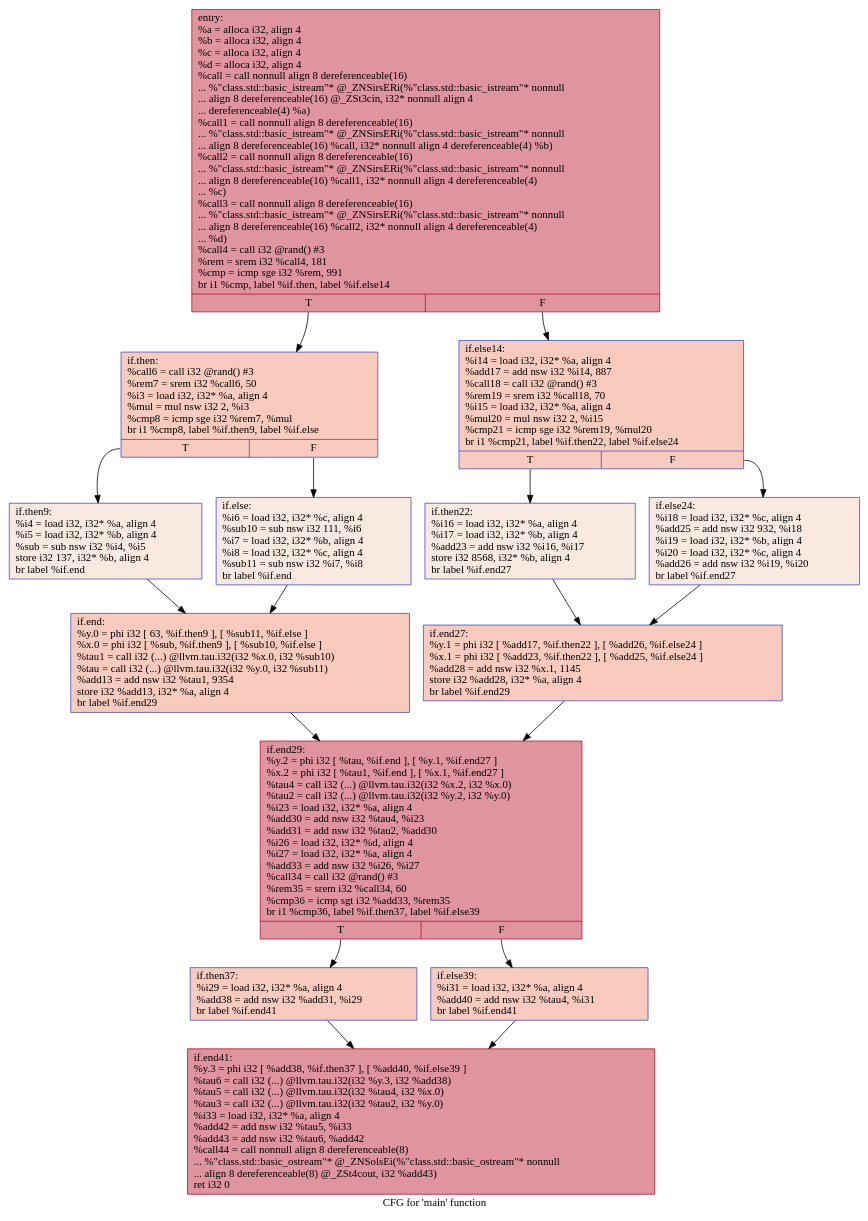
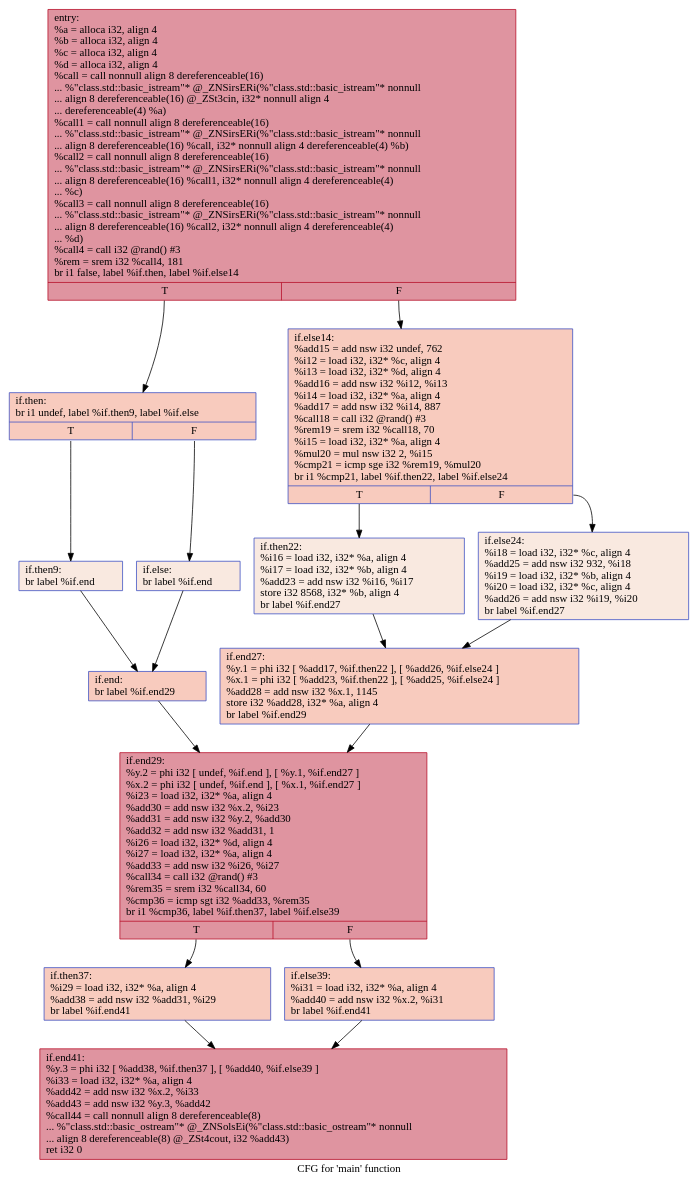
One commit to HPSSA-LLVM/HPSSA-LLVM changed the diagram in IR/cfg/afterHPSSA.dot. Above: the diagram before and after it, drawn with Graphviz. The commit also changed 8 other files, not shown here.

```diff
--- a/IR/cfg/afterHPSSA.dot
+++ b/IR/cfg/afterHPSSA.dot
@@ -1,33 +1,33 @@
 digraph "CFG for 'main' function" {
 	label="CFG for 'main' function";
 
-	Node0x558bba752bf0 [shape=record,color="#b70d28ff", style=filled, fillcolor="#b70d2870",label="{entry:\l  %a = alloca i32, align 4\l  %b = alloca i32, align 4\l  %c = alloca i32, align 4\l  %d = alloca i32, align 4\l  %call = call nonnull align 8 dereferenceable(16)\l... %\"class.std::basic_istream\"* @_ZNSirsERi(%\"class.std::basic_istream\"* nonnull\l... align 8 dereferenceable(16) @_ZSt3cin, i32* nonnull align 4\l... dereferenceable(4) %a)\l  %call1 = call nonnull align 8 dereferenceable(16)\l... %\"class.std::basic_istream\"* @_ZNSirsERi(%\"class.std::basic_istream\"* nonnull\l... align 8 dereferenceable(16) %call, i32* nonnull align 4 dereferenceable(4) %b)\l  %call2 = call nonnull align 8 dereferenceable(16)\l... %\"class.std::basic_istream\"* @_ZNSirsERi(%\"class.std::basic_istream\"* nonnull\l... align 8 dereferenceable(16) %call1, i32* nonnull align 4 dereferenceable(4)\l... %c)\l  %call3 = call nonnull align 8 dereferenceable(16)\l... %\"class.std::basic_istream\"* @_ZNSirsERi(%\"class.std::basic_istream\"* nonnull\l... align 8 dereferenceable(16) %call2, i32* nonnull align 4 dereferenceable(4)\l... %d)\l  %call4 = call i32 @rand() #3\l  %rem = srem i32 %call4, 181\l  %cmp = icmp sge i32 %rem, 991\l  br i1 %cmp, label %if.then, label %if.else14\l|{<s0>T|<s1>F}}"];
-	Node0x558bba752bf0:s0 -> Node0x558bba7538d0;
-	Node0x558bba752bf0:s1 -> Node0x558bba753b40;
-	Node0x558bba7538d0 [shape=record,color="#3d50c3ff", style=filled, fillcolor="#ef886b70",label="{if.then:                                          \l  %call6 = call i32 @rand() #3\l  %rem7 = srem i32 %call6, 50\l  %i3 = load i32, i32* %a, align 4\l  %mul = mul nsw i32 2, %i3\l  %cmp8 = icmp sge i32 %rem7, %mul\l  br i1 %cmp8, label %if.then9, label %if.else\l|{<s0>T|<s1>F}}"];
-	Node0x558bba7538d0:s0 -> Node0x558bba7540e0;
-	Node0x558bba7538d0:s1 -> Node0x558bba754160;
-	Node0x558bba7540e0 [shape=record,color="#3d50c3ff", style=filled, fillcolor="#f1ccb870",label="{if.then9:                                         \l  %i4 = load i32, i32* %a, align 4\l  %i5 = load i32, i32* %b, align 4\l  %sub = sub nsw i32 %i4, %i5\l  store i32 137, i32* %b, align 4\l  br label %if.end\l}"];
-	Node0x558bba7540e0 -> Node0x558bba754570;
-	Node0x558bba754160 [shape=record,color="#3d50c3ff", style=filled, fillcolor="#f1ccb870",label="{if.else:                                          \l  %i6 = load i32, i32* %c, align 4\l  %sub10 = sub nsw i32 111, %i6\l  %i7 = load i32, i32* %b, align 4\l  %i8 = load i32, i32* %c, align 4\l  %sub11 = sub nsw i32 %i7, %i8\l  br label %if.end\l}"];
-	Node0x558bba754160 -> Node0x558bba754570;
-	Node0x558bba754570 [shape=record,color="#3d50c3ff", style=filled, fillcolor="#ef886b70",label="{if.end:                                           \l  %y.0 = phi i32 [ 63, %if.then9 ], [ %sub11, %if.else ]\l  %x.0 = phi i32 [ %sub, %if.then9 ], [ %sub10, %if.else ]\l  %tau1 = call i32 (...) @llvm.tau.i32(i32 %x.0, i32 %sub10)\l  %tau = call i32 (...) @llvm.tau.i32(i32 %y.0, i32 %sub11)\l  %add13 = add nsw i32 %tau1, 9354\l  store i32 %add13, i32* %a, align 4\l  br label %if.end29\l}"];
-	Node0x558bba754570 -> Node0x558bba755320;
-	Node0x558bba753b40 [shape=record,color="#3d50c3ff", style=filled, fillcolor="#ef886b70",label="{if.else14:                                        \l  %i14 = load i32, i32* %a, align 4\l  %add17 = add nsw i32 %i14, 887\l  %call18 = call i32 @rand() #3\l  %rem19 = srem i32 %call18, 70\l  %i15 = load i32, i32* %a, align 4\l  %mul20 = mul nsw i32 2, %i15\l  %cmp21 = icmp sge i32 %rem19, %mul20\l  br i1 %cmp21, label %if.then22, label %if.else24\l|{<s0>T|<s1>F}}"];
-	Node0x558bba753b40:s0 -> Node0x558bba7561d0;
-	Node0x558bba753b40:s1 -> Node0x558bba756250;
-	Node0x558bba7561d0 [shape=record,color="#3d50c3ff", style=filled, fillcolor="#f1ccb870",label="{if.then22:                                        \l  %i16 = load i32, i32* %a, align 4\l  %i17 = load i32, i32* %b, align 4\l  %add23 = add nsw i32 %i16, %i17\l  store i32 8568, i32* %b, align 4\l  br label %if.end27\l}"];
-	Node0x558bba7561d0 -> Node0x558bba756670;
-	Node0x558bba756250 [shape=record,color="#3d50c3ff", style=filled, fillcolor="#f1ccb870",label="{if.else24:                                        \l  %i18 = load i32, i32* %c, align 4\l  %add25 = add nsw i32 932, %i18\l  %i19 = load i32, i32* %b, align 4\l  %i20 = load i32, i32* %c, align 4\l  %add26 = add nsw i32 %i19, %i20\l  br label %if.end27\l}"];
-	Node0x558bba756250 -> Node0x558bba756670;
-	Node0x558bba756670 [shape=record,color="#3d50c3ff", style=filled, fillcolor="#ef886b70",label="{if.end27:                                         \l  %y.1 = phi i32 [ %add17, %if.then22 ], [ %add26, %if.else24 ]\l  %x.1 = phi i32 [ %add23, %if.then22 ], [ %add25, %if.else24 ]\l  %add28 = add nsw i32 %x.1, 1145\l  store i32 %add28, i32* %a, align 4\l  br label %if.end29\l}"];
-	Node0x558bba756670 -> Node0x558bba755320;
-	Node0x558bba755320 [shape=record,color="#b70d28ff", style=filled, fillcolor="#b70d2870",label="{if.end29:                                         \l  %y.2 = phi i32 [ %tau, %if.end ], [ %y.1, %if.end27 ]\l  %x.2 = phi i32 [ %tau1, %if.end ], [ %x.1, %if.end27 ]\l  %tau4 = call i32 (...) @llvm.tau.i32(i32 %x.2, i32 %x.0)\l  %tau2 = call i32 (...) @llvm.tau.i32(i32 %y.2, i32 %y.0)\l  %i23 = load i32, i32* %a, align 4\l  %add30 = add nsw i32 %tau4, %i23\l  %add31 = add nsw i32 %tau2, %add30\l  %i26 = load i32, i32* %d, align 4\l  %i27 = load i32, i32* %a, align 4\l  %add33 = add nsw i32 %i26, %i27\l  %call34 = call i32 @rand() #3\l  %rem35 = srem i32 %call34, 60\l  %cmp36 = icmp sgt i32 %add33, %rem35\l  br i1 %cmp36, label %if.then37, label %if.else39\l|{<s0>T|<s1>F}}"];
-	Node0x558bba755320:s0 -> Node0x558bba757df0;
-	Node0x558bba755320:s1 -> Node0x558bba757ed0;
-	Node0x558bba757df0 [shape=record,color="#3d50c3ff", style=filled, fillcolor="#ef886b70",label="{if.then37:                                        \l  %i29 = load i32, i32* %a, align 4\l  %add38 = add nsw i32 %add31, %i29\l  br label %if.end41\l}"];
-	Node0x558bba757df0 -> Node0x558bba7581a0;
-	Node0x558bba757ed0 [shape=record,color="#3d50c3ff", style=filled, fillcolor="#ef886b70",label="{if.else39:                                        \l  %i31 = load i32, i32* %a, align 4\l  %add40 = add nsw i32 %tau4, %i31\l  br label %if.end41\l}"];
-	Node0x558bba757ed0 -> Node0x558bba7581a0;
-	Node0x558bba7581a0 [shape=record,color="#b70d28ff", style=filled, fillcolor="#b70d2870",label="{if.end41:                                         \l  %y.3 = phi i32 [ %add38, %if.then37 ], [ %add40, %if.else39 ]\l  %tau6 = call i32 (...) @llvm.tau.i32(i32 %y.3, i32 %add38)\l  %tau5 = call i32 (...) @llvm.tau.i32(i32 %tau4, i32 %x.0)\l  %tau3 = call i32 (...) @llvm.tau.i32(i32 %tau2, i32 %y.0)\l  %i33 = load i32, i32* %a, align 4\l  %add42 = add nsw i32 %tau5, %i33\l  %add43 = add nsw i32 %tau6, %add42\l  %call44 = call nonnull align 8 dereferenceable(8)\l... %\"class.std::basic_ostream\"* @_ZNSolsEi(%\"class.std::basic_ostream\"* nonnull\l... align 8 dereferenceable(8) @_ZSt4cout, i32 %add43)\l  ret i32 0\l}"];
+	Node0x55b29372a7c0 [shape=record,color="#b70d28ff", style=filled, fillcolor="#b70d2870",label="{entry:\l  %a = alloca i32, align 4\l  %b = alloca i32, align 4\l  %c = alloca i32, align 4\l  %d = alloca i32, align 4\l  %call = call nonnull align 8 dereferenceable(16)\l... %\"class.std::basic_istream\"* @_ZNSirsERi(%\"class.std::basic_istream\"* nonnull\l... align 8 dereferenceable(16) @_ZSt3cin, i32* nonnull align 4\l... dereferenceable(4) %a)\l  %call1 = call nonnull align 8 dereferenceable(16)\l... %\"class.std::basic_istream\"* @_ZNSirsERi(%\"class.std::basic_istream\"* nonnull\l... align 8 dereferenceable(16) %call, i32* nonnull align 4 dereferenceable(4) %b)\l  %call2 = call nonnull align 8 dereferenceable(16)\l... %\"class.std::basic_istream\"* @_ZNSirsERi(%\"class.std::basic_istream\"* nonnull\l... align 8 dereferenceable(16) %call1, i32* nonnull align 4 dereferenceable(4)\l... %c)\l  %call3 = call nonnull align 8 dereferenceable(16)\l... %\"class.std::basic_istream\"* @_ZNSirsERi(%\"class.std::basic_istream\"* nonnull\l... align 8 dereferenceable(16) %call2, i32* nonnull align 4 dereferenceable(4)\l... %d)\l  %call4 = call i32 @rand() #3\l  %rem = srem i32 %call4, 181\l  br i1 false, label %if.then, label %if.else14\l|{<s0>T|<s1>F}}"];
+	Node0x55b29372a7c0:s0 -> Node0x55b29372b3f0;
+	Node0x55b29372a7c0:s1 -> Node0x55b29372b4c0;
+	Node0x55b29372b3f0 [shape=record,color="#3d50c3ff", style=filled, fillcolor="#ef886b70",label="{if.then:                                          \l  br i1 undef, label %if.then9, label %if.else\l|{<s0>T|<s1>F}}"];
+	Node0x55b29372b3f0:s0 -> Node0x55b29372bc20;
+	Node0x55b29372b3f0:s1 -> Node0x55b29372bca0;
+	Node0x55b29372bc20 [shape=record,color="#3d50c3ff", style=filled, fillcolor="#f1ccb870",label="{if.then9:                                         \l  br label %if.end\l}"];
+	Node0x55b29372bc20 -> Node0x55b29372be20;
+	Node0x55b29372bca0 [shape=record,color="#3d50c3ff", style=filled, fillcolor="#f1ccb870",label="{if.else:                                          \l  br label %if.end\l}"];
+	Node0x55b29372bca0 -> Node0x55b29372be20;
+	Node0x55b29372be20 [shape=record,color="#3d50c3ff", style=filled, fillcolor="#ef886b70",label="{if.end:                                           \l  br label %if.end29\l}"];
+	Node0x55b29372be20 -> Node0x55b29372bf70;
+	Node0x55b29372b4c0 [shape=record,color="#3d50c3ff", style=filled, fillcolor="#ef886b70",label="{if.else14:                                        \l  %add15 = add nsw i32 undef, 762\l  %i12 = load i32, i32* %c, align 4\l  %i13 = load i32, i32* %d, align 4\l  %add16 = add nsw i32 %i12, %i13\l  %i14 = load i32, i32* %a, align 4\l  %add17 = add nsw i32 %i14, 887\l  %call18 = call i32 @rand() #3\l  %rem19 = srem i32 %call18, 70\l  %i15 = load i32, i32* %a, align 4\l  %mul20 = mul nsw i32 2, %i15\l  %cmp21 = icmp sge i32 %rem19, %mul20\l  br i1 %cmp21, label %if.then22, label %if.else24\l|{<s0>T|<s1>F}}"];
+	Node0x55b29372b4c0:s0 -> Node0x55b29372cbd0;
+	Node0x55b29372b4c0:s1 -> Node0x55b29372cc50;
+	Node0x55b29372cbd0 [shape=record,color="#3d50c3ff", style=filled, fillcolor="#f1ccb870",label="{if.then22:                                        \l  %i16 = load i32, i32* %a, align 4\l  %i17 = load i32, i32* %b, align 4\l  %add23 = add nsw i32 %i16, %i17\l  store i32 8568, i32* %b, align 4\l  br label %if.end27\l}"];
+	Node0x55b29372cbd0 -> Node0x55b29372d010;
+	Node0x55b29372cc50 [shape=record,color="#3d50c3ff", style=filled, fillcolor="#f1ccb870",label="{if.else24:                                        \l  %i18 = load i32, i32* %c, align 4\l  %add25 = add nsw i32 932, %i18\l  %i19 = load i32, i32* %b, align 4\l  %i20 = load i32, i32* %c, align 4\l  %add26 = add nsw i32 %i19, %i20\l  br label %if.end27\l}"];
+	Node0x55b29372cc50 -> Node0x55b29372d010;
+	Node0x55b29372d010 [shape=record,color="#3d50c3ff", style=filled, fillcolor="#ef886b70",label="{if.end27:                                         \l  %y.1 = phi i32 [ %add17, %if.then22 ], [ %add26, %if.else24 ]\l  %x.1 = phi i32 [ %add23, %if.then22 ], [ %add25, %if.else24 ]\l  %add28 = add nsw i32 %x.1, 1145\l  store i32 %add28, i32* %a, align 4\l  br label %if.end29\l}"];
+	Node0x55b29372d010 -> Node0x55b29372bf70;
+	Node0x55b29372bf70 [shape=record,color="#b70d28ff", style=filled, fillcolor="#b70d2870",label="{if.end29:                                         \l  %y.2 = phi i32 [ undef, %if.end ], [ %y.1, %if.end27 ]\l  %x.2 = phi i32 [ undef, %if.end ], [ %x.1, %if.end27 ]\l  %i23 = load i32, i32* %a, align 4\l  %add30 = add nsw i32 %x.2, %i23\l  %add31 = add nsw i32 %y.2, %add30\l  %add32 = add nsw i32 %add31, 1\l  %i26 = load i32, i32* %d, align 4\l  %i27 = load i32, i32* %a, align 4\l  %add33 = add nsw i32 %i26, %i27\l  %call34 = call i32 @rand() #3\l  %rem35 = srem i32 %call34, 60\l  %cmp36 = icmp sgt i32 %add33, %rem35\l  br i1 %cmp36, label %if.then37, label %if.else39\l|{<s0>T|<s1>F}}"];
+	Node0x55b29372bf70:s0 -> Node0x55b29372edf0;
+	Node0x55b29372bf70:s1 -> Node0x55b29372eed0;
+	Node0x55b29372edf0 [shape=record,color="#3d50c3ff", style=filled, fillcolor="#ef886b70",label="{if.then37:                                        \l  %i29 = load i32, i32* %a, align 4\l  %add38 = add nsw i32 %add31, %i29\l  br label %if.end41\l}"];
+	Node0x55b29372edf0 -> Node0x55b29372f1a0;
+	Node0x55b29372eed0 [shape=record,color="#3d50c3ff", style=filled, fillcolor="#ef886b70",label="{if.else39:                                        \l  %i31 = load i32, i32* %a, align 4\l  %add40 = add nsw i32 %x.2, %i31\l  br label %if.end41\l}"];
+	Node0x55b29372eed0 -> Node0x55b29372f1a0;
+	Node0x55b29372f1a0 [shape=record,color="#b70d28ff", style=filled, fillcolor="#b70d2870",label="{if.end41:                                         \l  %y.3 = phi i32 [ %add38, %if.then37 ], [ %add40, %if.else39 ]\l  %i33 = load i32, i32* %a, align 4\l  %add42 = add nsw i32 %x.2, %i33\l  %add43 = add nsw i32 %y.3, %add42\l  %call44 = call nonnull align 8 dereferenceable(8)\l... %\"class.std::basic_ostream\"* @_ZNSolsEi(%\"class.std::basic_ostream\"* nonnull\l... align 8 dereferenceable(8) @_ZSt4cout, i32 %add43)\l  ret i32 0\l}"];
 }
```
